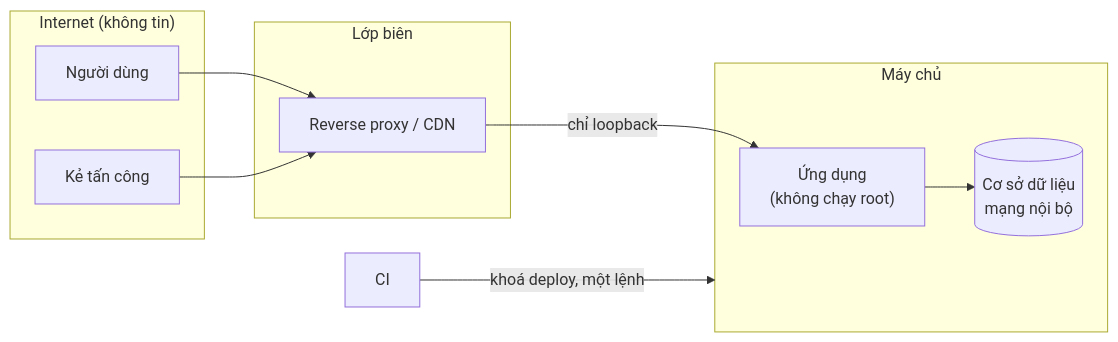
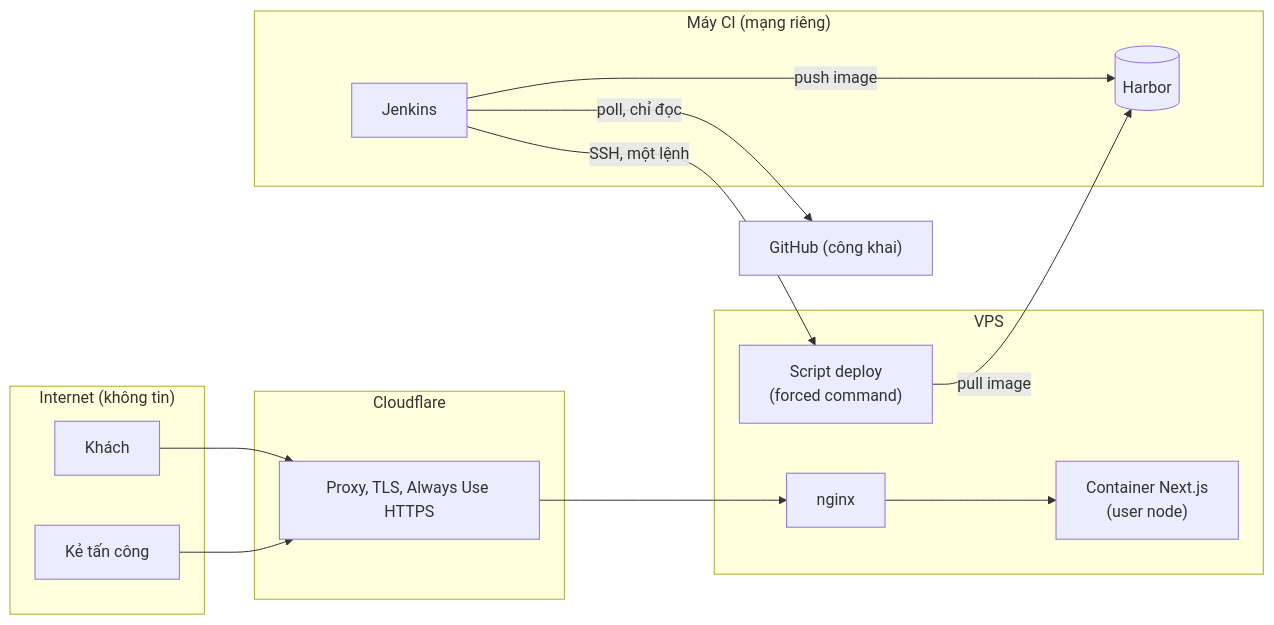
One commit to qkenn04/nokto-clone-v2 changed the diagram in docs/security/threat-model.md. Above: the diagram before and after it, drawn with Mermaid. The commit also changed other lines of this file and 20 other files, not shown here.

First line of the commit message:
docs: document product, architecture, development, security and operations

````diff
--- a/docs/security/threat-model.md
+++ b/docs/security/threat-model.md
@@ -56,20 +48,27 @@
 ```mermaid
 flowchart LR
   subgraph NET["Internet (không tin)"]
-    user["Người dùng"]
+    guest["Khách"]
     attacker["Kẻ tấn công"]
   end
-  subgraph EDGE["Lớp biên"]
-    proxy["Reverse proxy / CDN"]
+  subgraph EDGE["Cloudflare"]
+    cf["Proxy, TLS, Always Use HTTPS"]
   end
-  subgraph HOST["Máy chủ"]
-    app["Ứng dụng<br/>(không chạy root)"]
-    db[("Cơ sở dữ liệu<br/>mạng nội bộ")]
+  subgraph VPS["VPS"]
+    nginx["nginx"]
+    app["Container Next.js<br/>(user node)"]
+    deploy["Script deploy<br/>(forced command)"]
   end
-  ci["CI"]
-  user --> proxy
-  attacker --> proxy
-  proxy -->|"chỉ loopback"| app
-  app --> db
-  ci -->|"khoá deploy, một lệnh"| HOST
+  subgraph CI["Máy CI (mạng riêng)"]
+    jenkins["Jenkins"]
+    harbor[("Harbor")]
+  end
+  github["GitHub (công khai)"]
+  guest --> cf
+  attacker --> cf
+  cf --> nginx --> app
+  jenkins -->|"poll, chỉ đọc"| github
+  jenkins -->|"push image"| harbor
+  jenkins -->|"SSH, một lệnh"| deploy
+  deploy -->|"pull image"| harbor
 ```
````
